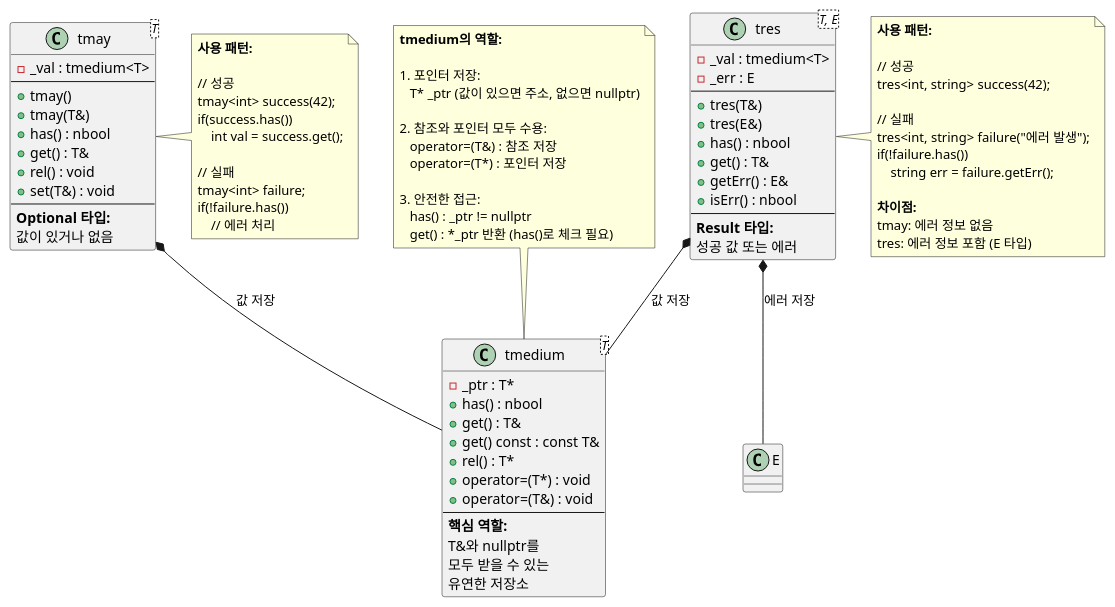
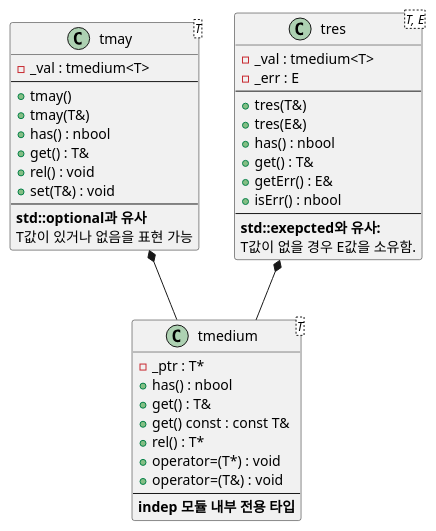
One commit to byeolang/byeol changed the second of 2 diagrams in doc/ref/ko/ad-architecture-indep.md. Above: the diagram before and after it, drawn with PlantUML. The commit also changed other lines of this file, not shown here.

Commit message:
doc(indep): refine ai modified document and diagrams

```diff
--- a/doc/ref/ko/ad-architecture-indep.md
+++ b/doc/ref/ko/ad-architecture-indep.md
@@ -218,10 +221,7 @@
     + operator=(T*) : void
     + operator=(T&) : void
     --
-    <b>핵심 역할:</b>
-    T&와 nullptr를
-    모두 받을 수 있는
-    유연한 저장소
+    <b>indep 모듈 내부 전용 타입</b>
 }
 
 class "tmay<T>" as tmay {
@@ -234,8 +234,8 @@
     + rel() : void
     + set(T&) : void
     --
-    <b>Optional 타입:</b>
-    값이 있거나 없음
+    <b>std::optional과 유사</b>
+    T값이 있거나 없음을 표현 가능
 }
 
 class "tres<T, E>" as tres {
@@ -249,57 +249,11 @@
     + getErr() : E&
     + isErr() : nbool
     --
-    <b>Result 타입:</b>
-    성공 값 또는 에러
+    <b>std::exepcted와 유사:</b>
+    T값이 없을 경우 E값을 소유함.
 }
 
-tmay *-- tmedium : 값 저장
-tres *-- tmedium : 값 저장
-tres *-- "E" : 에러 저장
-
-note top of tmedium
-  <b>tmedium의 역할:</b>
-
-  1. 포인터 저장:
-     T* _ptr (값이 있으면 주소, 없으면 nullptr)
-
-  2. 참조와 포인터 모두 수용:
-     operator=(T&) : 참조 저장
-     operator=(T*) : 포인터 저장
-
-  3. 안전한 접근:
-     has() : _ptr != nullptr
-     get() : *_ptr 반환 (has()로 체크 필요)
-end note
-
-note right of tmay
-  <b>사용 패턴:</b>
-
-  // 성공
-  tmay<int> success(42);
-  if(success.has())
-      int val = success.get();
-
-  // 실패
-  tmay<int> failure;
-  if(!failure.has())
-      // 에러 처리
-end note
-
-note right of tres
-  <b>사용 패턴:</b>
-
-  // 성공
-  tres<int, string> success(42);
-
-  // 실패
-  tres<int, string> failure("에러 발생");
-  if(!failure.has())
-      string err = failure.getErr();
-
-  <b>차이점:</b>
-  tmay: 에러 정보 없음
-  tres: 에러 정보 포함 (E 타입)
-end note
+tmay *-- tmedium
+tres *-- tmedium
 
 @enduml
```
